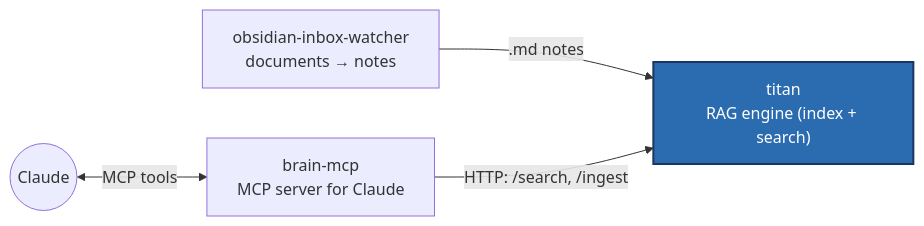
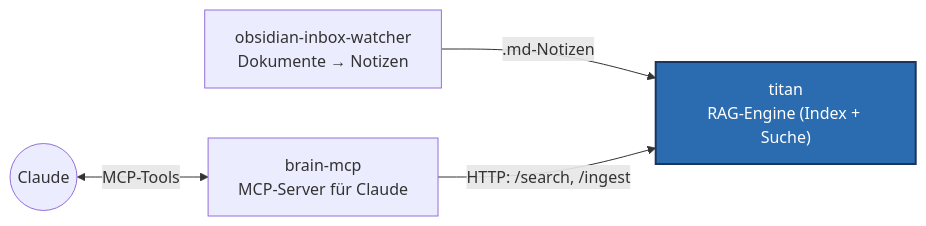
One commit to charlieLucke/titan changed the second of 2 diagrams in README.md. Above: the diagram before and after it, drawn with Mermaid. The commit also changed other lines of this file and 20 other files, not shown here.

````diff
--- a/README.md
+++ b/README.md
@@ -98,12 +99,12 @@
 ```mermaid
 flowchart LR
-    OIW["obsidian-inbox-watcher<br/>documents → notes"]
-    T["titan<br/>RAG engine (index + search)"]
-    BM["brain-mcp<br/>MCP server for Claude"]
+    OIW["obsidian-inbox-watcher<br/>Dokumente → Notizen"]
+    T["titan<br/>RAG-Engine (Index + Suche)"]
+    BM["brain-mcp<br/>MCP-Server für Claude"]
     C(("Claude"))
-    OIW -->|".md notes"| T
+    OIW -->|".md-Notizen"| T
     BM -->|"HTTP: /search, /ingest"| T
-    C <-->|"MCP tools"| BM
+    C <-->|"MCP-Tools"| BM
     classDef here fill:#2b6cb0,stroke:#1a365d,color:#fff,stroke-width:2px;
     class T here
 ```
````
